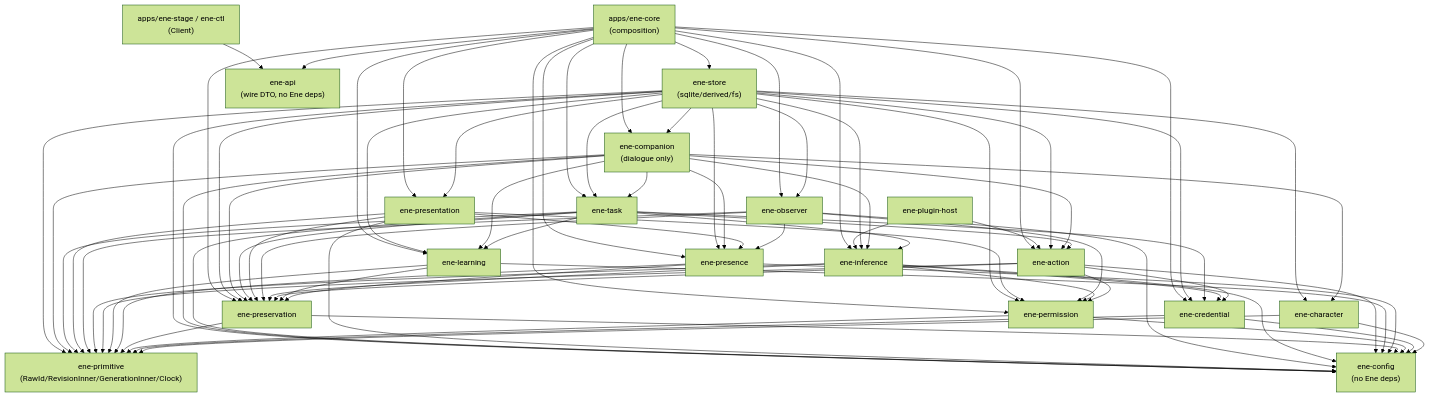
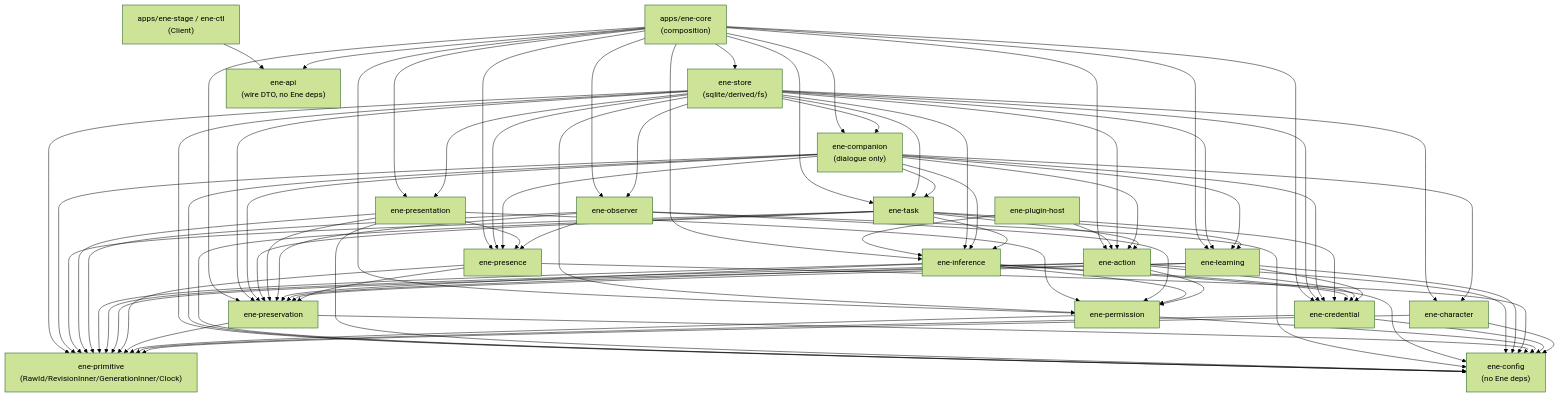
The diagram in docs/design/concrete/crate-module-decomposition.md (pexisgle/ene), drawn with Mermaid (forest theme) before and after one commit. The commit also changed 3 other files, not shown here.

```diff
--- a/docs/design/concrete/crate-module-decomposition.md
+++ b/docs/design/concrete/crate-module-decomposition.md
@@ -299,6 +299,7 @@
   presence --> presv
   learn --> prim
   learn --> cfg
+  learn --> cred
   learn --> presv
   action --> prim
   action --> cfg
@@ -335,6 +336,7 @@
   comp --> presence
   comp --> infer
   comp --> action
+  comp --> cred
   comp --> presv
   store --> prim
   store --> cfg
```
